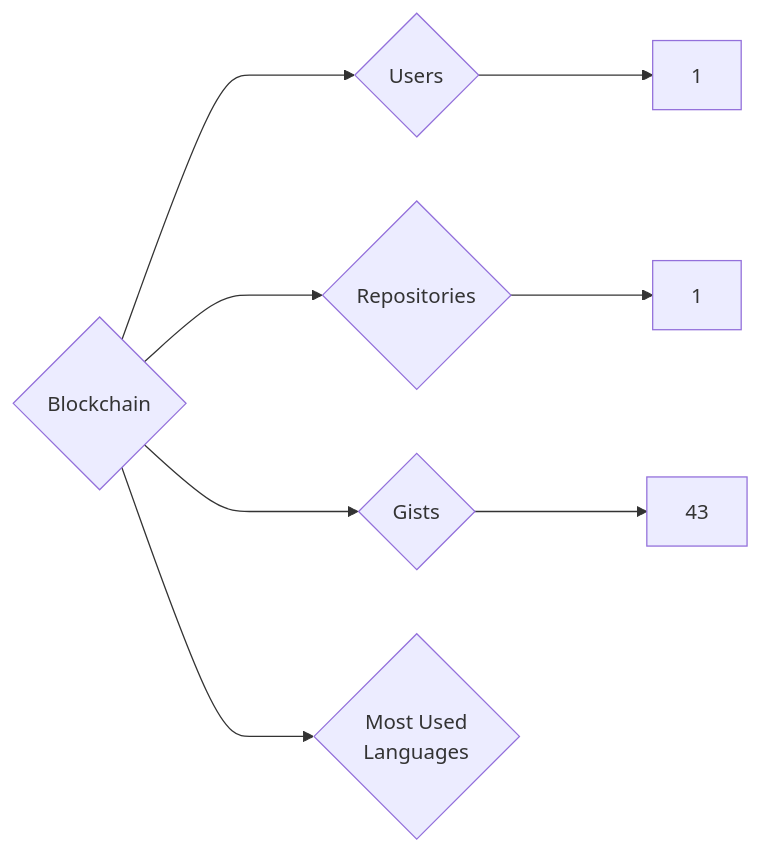
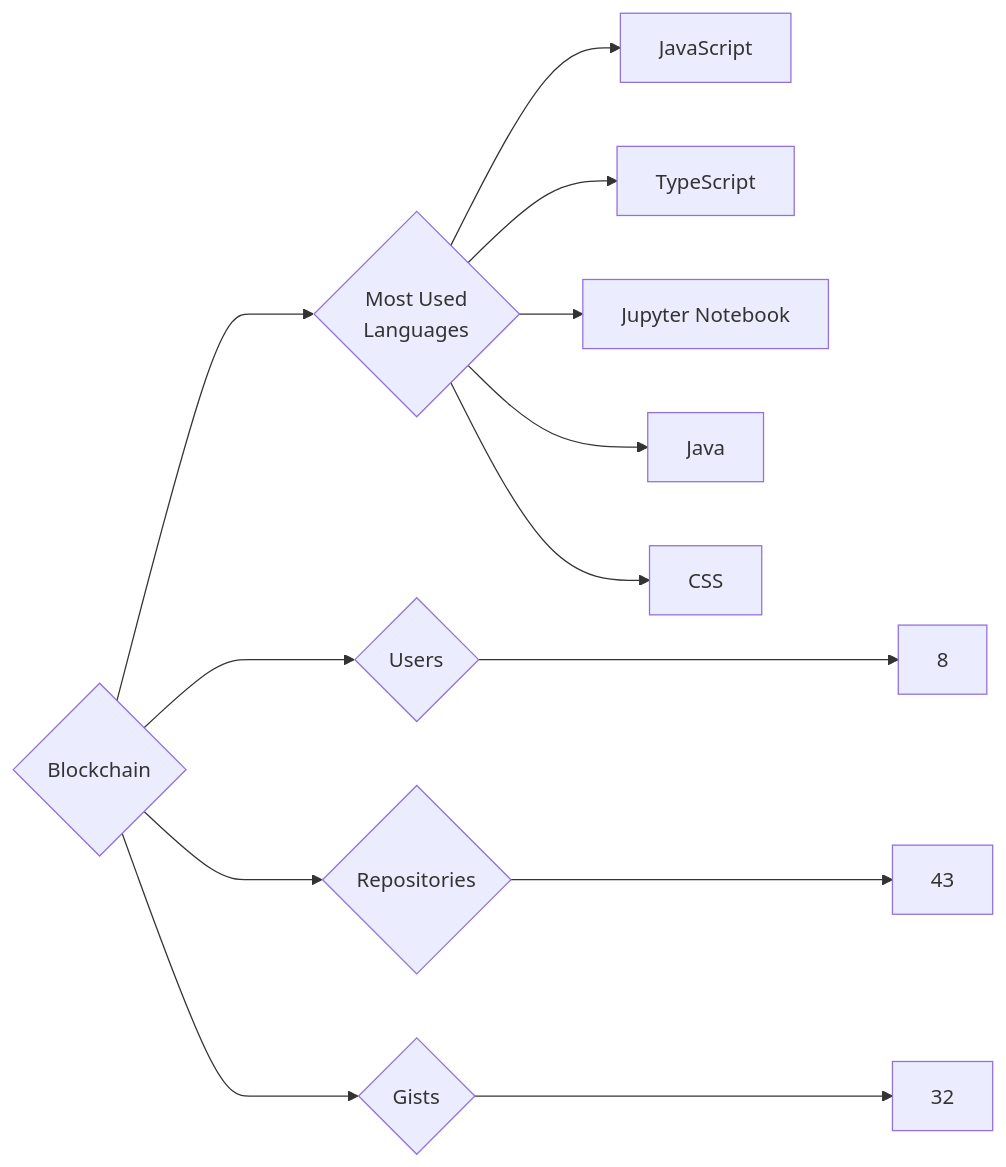
Before and after one commit to trickest/insiders: the diagram in targets/Blockchain/README.md, drawn with Mermaid. The commit also changed 938 other files, not shown here.

````diff
--- a/targets/Blockchain/README.md
+++ b/targets/Blockchain/README.md
@@ -3,8 +3,13 @@
 ```mermaid
 graph LR
 COMPANY_NAME{Blockchain}
-COMPANY_NAME ---> U{Users} ---> UN[1]
-COMPANY_NAME ---> R{Repositories} ---> RN[1]
-COMPANY_NAME ---> G{Gists} ---> GN[43]
+COMPANY_NAME ---> U{Users} ---> UN[8]
+COMPANY_NAME ---> R{Repositories} ---> RN[43]
+COMPANY_NAME ---> G{Gists} ---> GN[32]
 COMPANY_NAME ---> ML{Most Used<br>Languages}
+ML --> JavaScript[JavaScript]
+ML --> TypeScript[TypeScript]
+ML --> Jupyter_Notebook[Jupyter Notebook]
+ML --> Java[Java]
+ML --> CSS[CSS]
 ```
````
